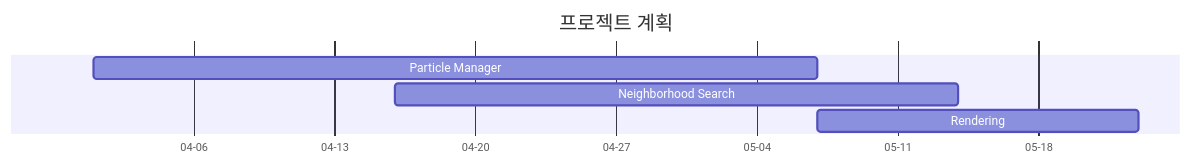
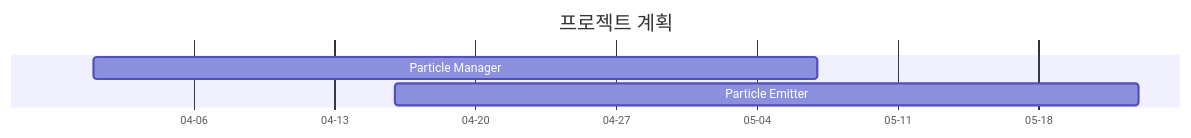
Before and after one commit to jooyounghan/ProjectA: the second of 2 diagrams in README.md, drawn with Mermaid. The commit also changed other lines of this file and 1 other file, not shown here.

````diff
--- a/README.md
+++ b/README.md
@@ -25,10 +33,9 @@
 ```mermaid
 gantt
 	dateFormat YYYY-MM-DD
 	title 프로젝트 계획
 	dateFormat MM-DD
 	axisFormat %m-%d
     Particle Manager :a, 04-01, 05-07
-    Neighborhood Search :b, 04-16, 05-14
-    Rendering :c, 05-07, 05-23
+    Particle Emitter :b, 04-16, 05-23
 ```
````
